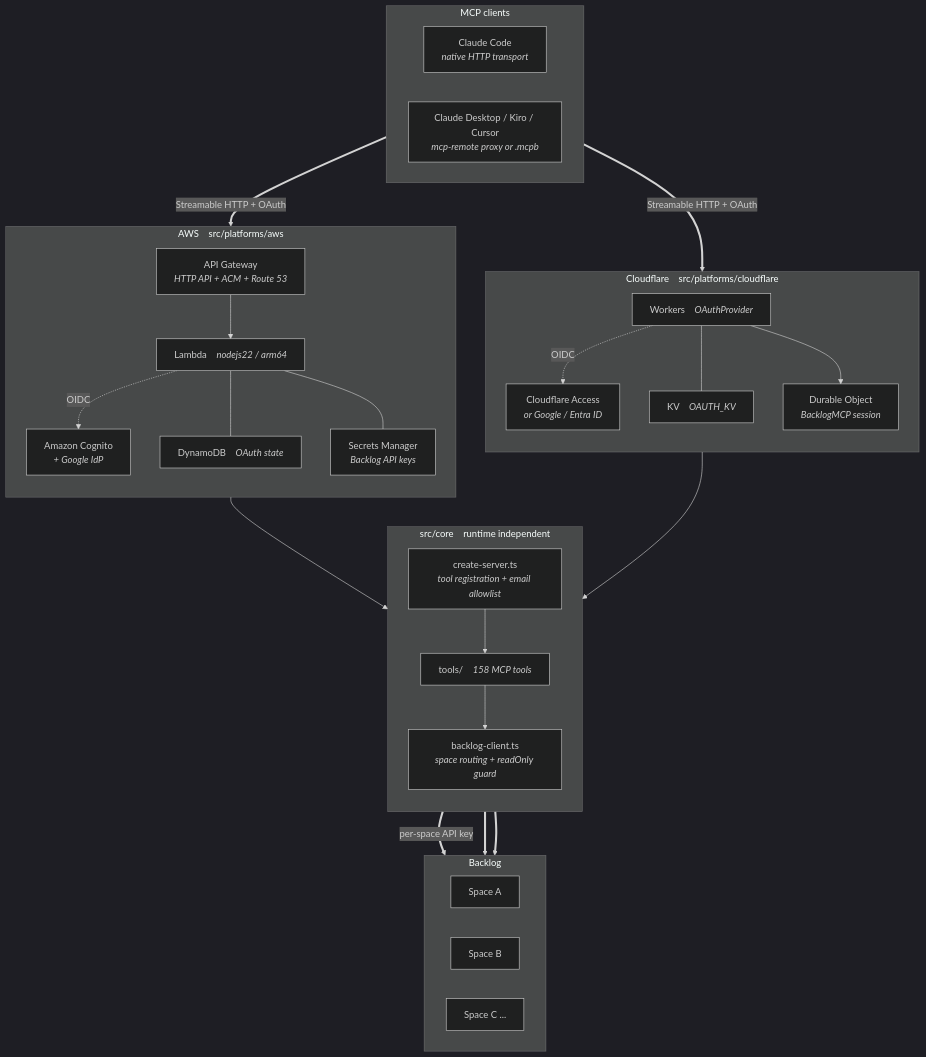
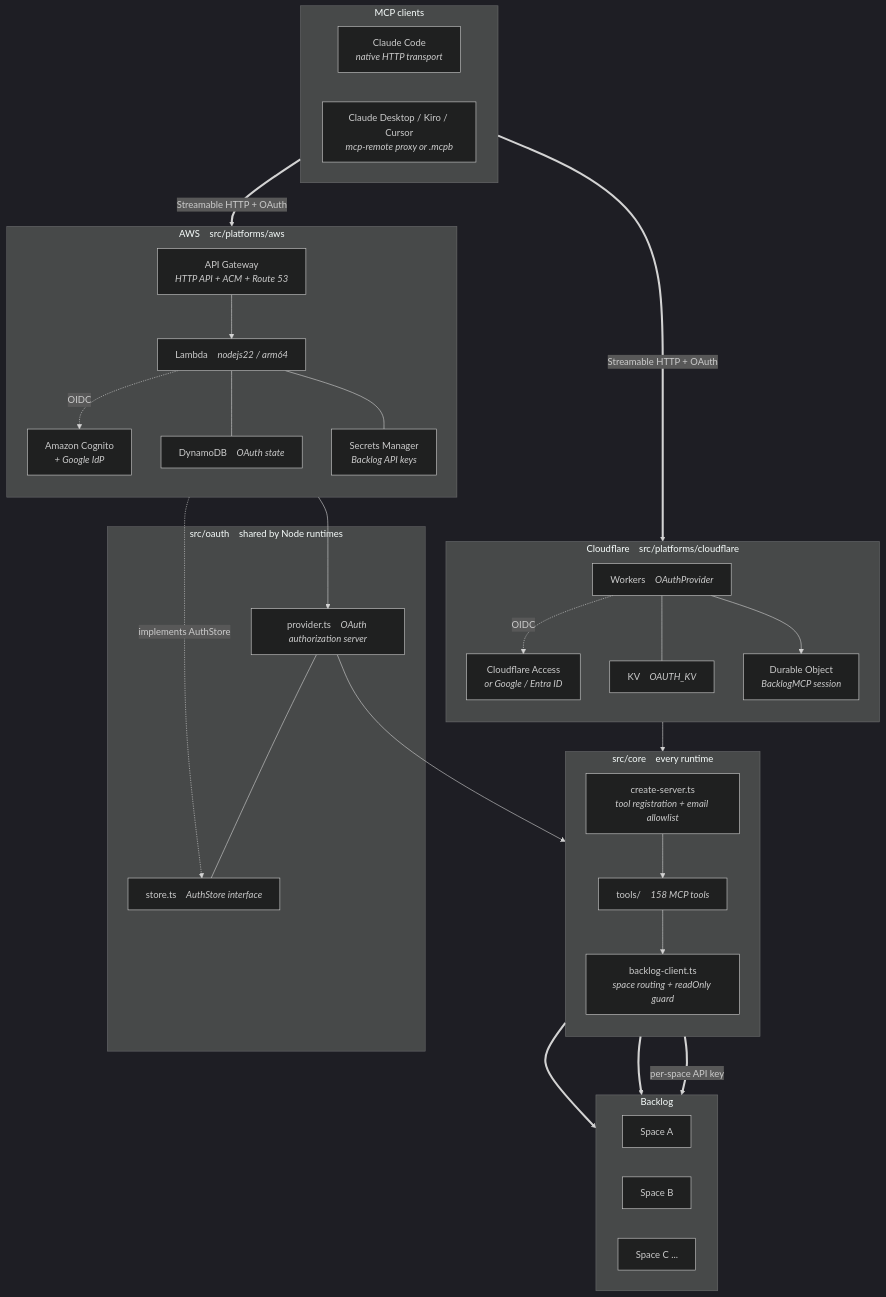
One commit to midnight480/backlog-remote-mcp-server changed the first of 2 diagrams in README.md. Above: the diagram before and after it, drawn with Mermaid (dark theme). The commit also changed other lines of this file and 14 other files, not shown here.

First line of the commit message:
refactor: 汎用の OAuth 認可サーバを src/oauth へ引き上げる

````diff
--- a/README.md
+++ b/README.md
@@ -157,55 +157,63 @@
 ```mermaid
 flowchart TB
     subgraph clients["MCP clients"]
         direction LR
         CC["Claude Code<br/><i>native HTTP transport</i>"]
         CD["Claude Desktop / Kiro / Cursor<br/><i>mcp-remote proxy or .mcpb</i>"]
     end
 
     subgraph cf["Cloudflare &nbsp;&nbsp; src/platforms/cloudflare"]
         direction TB
         CFW["Workers &nbsp;&nbsp; <i>OAuthProvider</i>"]
         CFA["Cloudflare Access<br/><i>or Google / Entra ID</i>"]
         CFKV["KV &nbsp;&nbsp; <i>OAUTH_KV</i>"]
         CFDO["Durable Object<br/><i>BacklogMCP session</i>"]
         CFW -. "OIDC" .-> CFA
         CFW --- CFKV
         CFW --> CFDO
     end
 
     subgraph aws["AWS &nbsp;&nbsp; src/platforms/aws"]
         direction TB
         APIGW["API Gateway<br/><i>HTTP API + ACM + Route 53</i>"]
         LAMBDA["Lambda &nbsp;&nbsp; <i>nodejs22 / arm64</i>"]
         COG["Amazon Cognito<br/><i>+ Google IdP</i>"]
         DDB["DynamoDB &nbsp;&nbsp; <i>OAuth state</i>"]
         SM["Secrets Manager<br/><i>Backlog API keys</i>"]
         APIGW --> LAMBDA
         LAMBDA -. "OIDC" .-> COG
         LAMBDA --- DDB
         LAMBDA --- SM
     end
 
-    subgraph shared["src/core &nbsp;&nbsp; runtime independent"]
+    subgraph oauth["src/oauth &nbsp;&nbsp; shared by Node runtimes"]
+        OP["provider.ts &nbsp;&nbsp; <i>OAuth authorization server</i>"]
+        OS["store.ts &nbsp;&nbsp; <i>AuthStore interface</i>"]
+        OP --- OS
+    end
+
+    subgraph shared["src/core &nbsp;&nbsp; every runtime"]
         direction TB
         CS["create-server.ts<br/><i>tool registration + email allowlist</i>"]
         TOOLS["tools/ &nbsp;&nbsp; <i>158 MCP tools</i>"]
         BC["backlog-client.ts<br/><i>space routing + readOnly guard</i>"]
         CS --> TOOLS --> BC
     end
 
     subgraph backlog["Backlog"]
         direction LR
         BLA["Space A"]
         BLB["Space B"]
         BLC["Space C ..."]
     end
 
     clients == "Streamable HTTP + OAuth" ==> CFW
     clients == "Streamable HTTP + OAuth" ==> APIGW
     CFDO --> CS
-    LAMBDA --> CS
+    LAMBDA --> OP
+    OP --> CS
+    DDB -. "implements AuthStore" .-> OS
     BC == "per-space API key" ==> BLA
     BC ==> BLB
     BC ==> BLC
 ```
````
